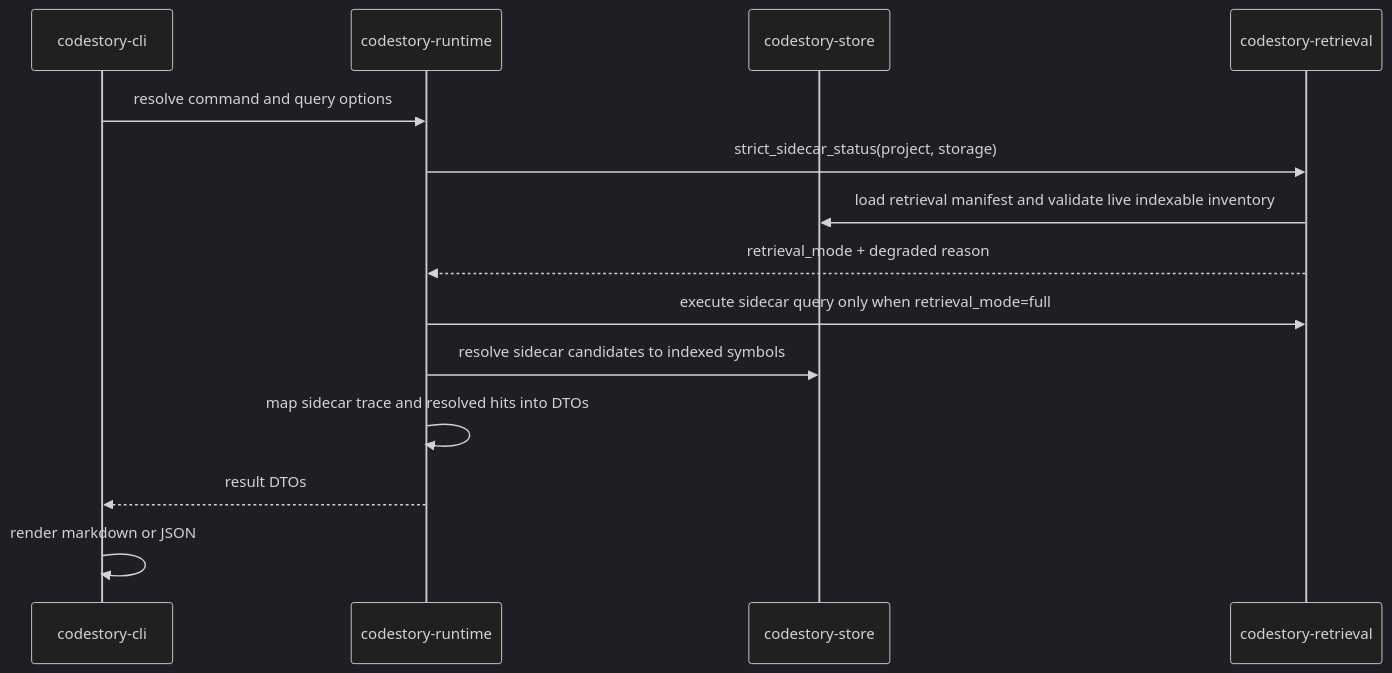
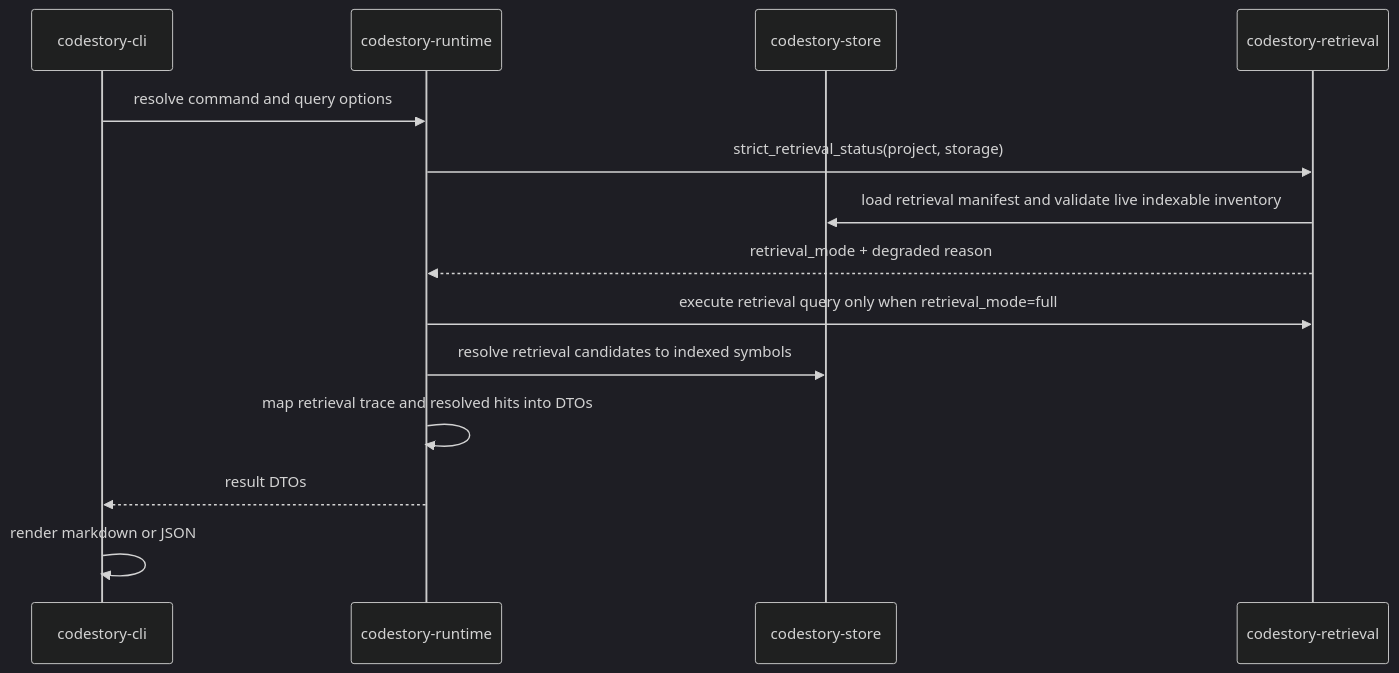
Before and after one commit to TheGreenCedar/CodeStory: the first of 3 diagrams in docs/architecture/runtime-execution-path.md, drawn with Mermaid (dark theme). The commit also changed other lines of this file and 177 other files, not shown here.

````diff
--- a/docs/architecture/runtime-execution-path.md
+++ b/docs/architecture/runtime-execution-path.md
@@ -21,17 +21,17 @@
 ```mermaid
 sequenceDiagram
     participant CLI as codestory-cli
     participant Runtime as codestory-runtime
     participant Store as codestory-store
     participant Retrieval as codestory-retrieval
 
     CLI->>Runtime: resolve command and query options
-    Runtime->>Retrieval: strict_sidecar_status(project, storage)
+    Runtime->>Retrieval: strict_retrieval_status(project, storage)
     Retrieval->>Store: load retrieval manifest and validate live indexable inventory
     Retrieval-->>Runtime: retrieval_mode + degraded reason
-    Runtime->>Retrieval: execute sidecar query only when retrieval_mode=full
-    Runtime->>Store: resolve sidecar candidates to indexed symbols
-    Runtime->>Runtime: map sidecar trace and resolved hits into DTOs
+    Runtime->>Retrieval: execute retrieval query only when retrieval_mode=full
+    Runtime->>Store: resolve retrieval candidates to indexed symbols
+    Runtime->>Runtime: map retrieval trace and resolved hits into DTOs
     Runtime-->>CLI: result DTOs
     CLI->>CLI: render markdown or JSON
 ```
````
